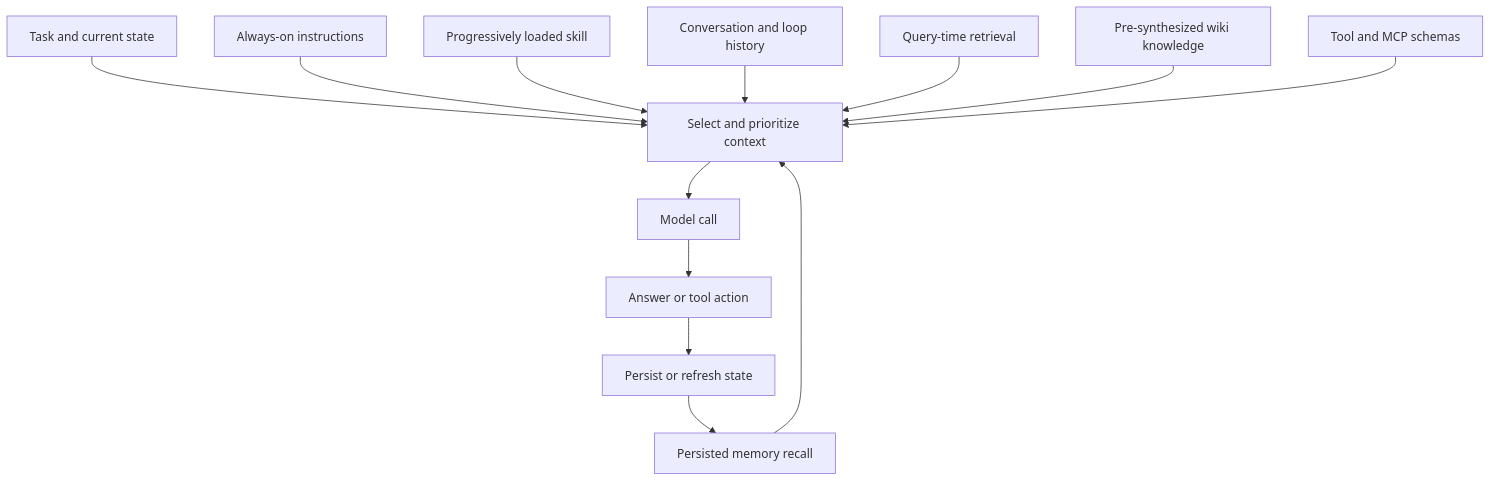
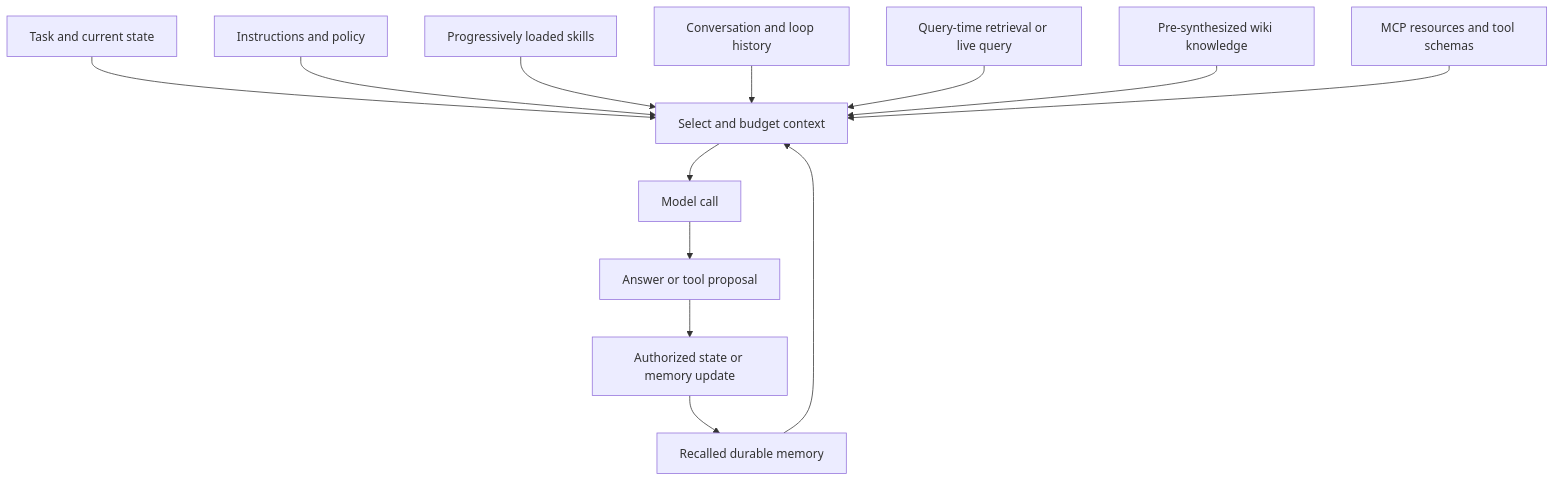
One commit to dima-koshman/skills changed the diagram in openwiki/concepts/context-and-knowledge.md. Above: the diagram before and after it, drawn with Mermaid. The commit also changed other lines of this file and 19 other files, not shown here.

````diff
--- a/openwiki/concepts/context-and-knowledge.md
+++ b/openwiki/concepts/context-and-knowledge.md
@@ -46,15 +49,15 @@
 ```mermaid
 flowchart TD
-    Task["Task and current state"] --> Select["Select and prioritize context"]
-    Policy["Always-on instructions"] --> Select
-    Skills["Progressively loaded skill"] --> Select
+    Task["Task and current state"] --> Select["Select and budget context"]
+    Policy["Instructions and policy"] --> Select
+    Skills["Progressively loaded skills"] --> Select
     History["Conversation and loop history"] --> Select
-    Memory["Persisted memory recall"] --> Select
-    RAG["Query-time retrieval"] --> Select
-    Wiki["Pre-synthesized wiki knowledge"] --> Select
-    Tools["Tool and MCP schemas"] --> Select
+    Memory["Recalled durable memory"] --> Select
+    Retrieval["Query-time retrieval or live query"] --> Select
+    Knowledge["Pre-synthesized wiki knowledge"] --> Select
+    MCP["MCP resources and tool schemas"] --> Select
     Select --> Model["Model call"]
-    Model --> Result["Answer or tool action"]
-    Result --> Update["Persist or refresh state"]
-    Update --> Memory
+    Model --> Outcome["Answer or tool proposal"]
+    Outcome --> Persist["Authorized state or memory update"]
+    Persist --> Memory
 ```
````
